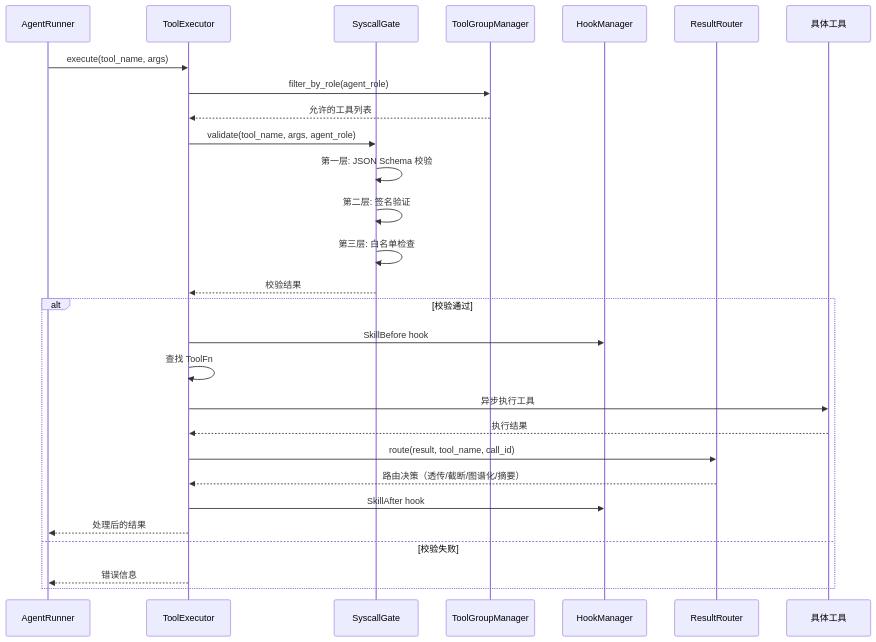
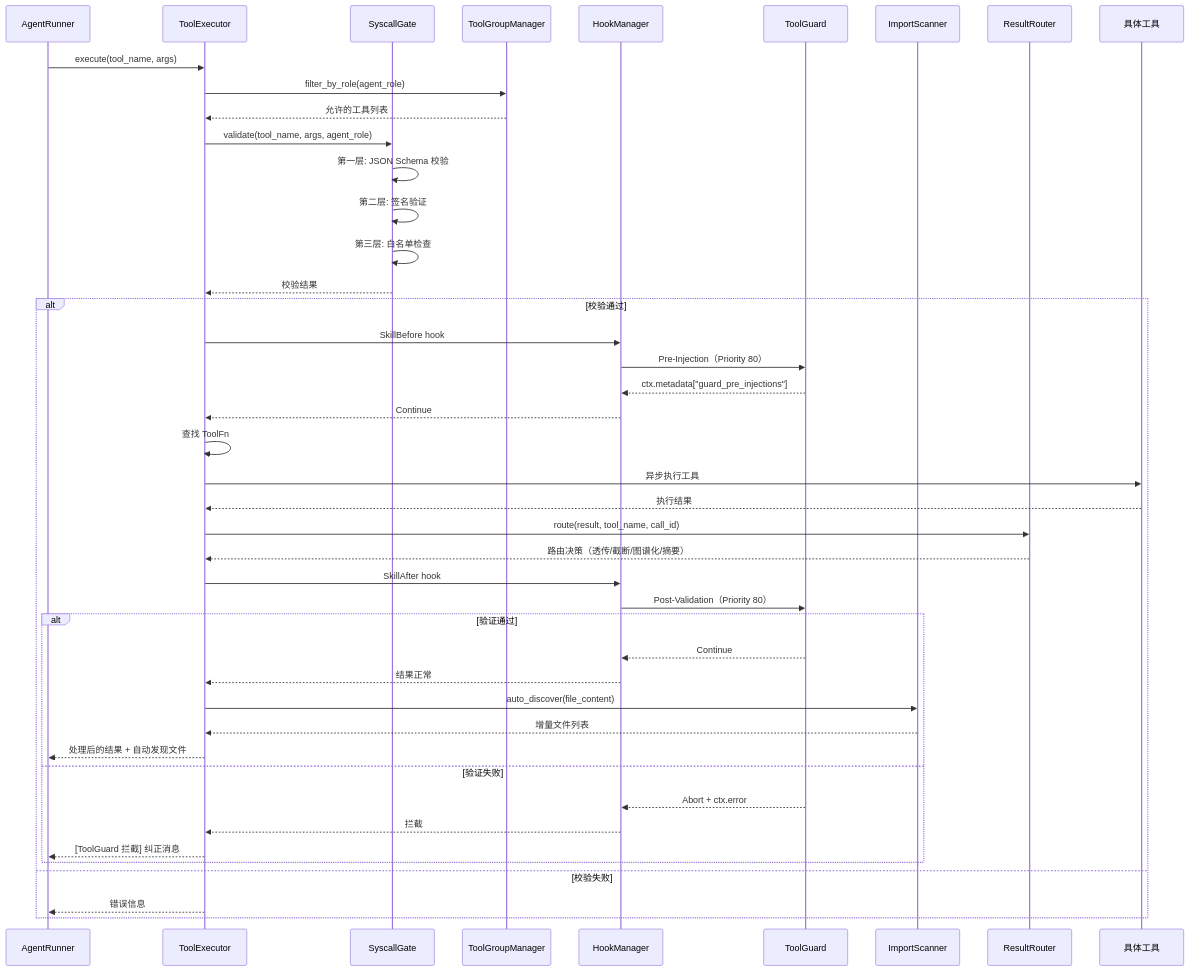
One commit to skaiy/gliding_horse_wildvibe changed the fourth of 4 diagrams in docs/05-tool-system.md. Above: the diagram before and after it, drawn with Mermaid. The commit also changed other lines of this file and 17 other files, not shown here.

````diff
--- a/docs/05-tool-system.md
+++ b/docs/05-tool-system.md
@@ -321,32 +455,49 @@
 ```mermaid
 sequenceDiagram
     participant AR as AgentRunner
     participant TE as ToolExecutor
     participant SG as SyscallGate
-    participant TG as ToolGroupManager
+    participant TGM as ToolGroupManager
     participant HM as HookManager
+    participant TG as ToolGuard
+    participant IS as ImportScanner
     participant RR as ResultRouter
     participant TOOL as 具体工具
 
     AR->>TE: execute(tool_name, args)
-    TE->>TG: filter_by_role(agent_role)
-    TG-->>TE: 允许的工具列表
+    TE->>TGM: filter_by_role(agent_role)
+    TGM-->>TE: 允许的工具列表
     TE->>SG: validate(tool_name, args, agent_role)
     SG->>SG: 第一层: JSON Schema 校验
     SG->>SG: 第二层: 签名验证
     SG->>SG: 第三层: 白名单检查
     SG-->>TE: 校验结果
 
     alt 校验通过
         TE->>HM: SkillBefore hook
+        HM->>TG: Pre-Injection（Priority 80）
+        TG-->>HM: ctx.metadata["guard_pre_injections"]
+        HM-->>TE: Continue
         TE->>TE: 查找 ToolFn
         TE->>TOOL: 异步执行工具
         TOOL-->>TE: 执行结果
         TE->>RR: route(result, tool_name, call_id)
         RR-->>TE: 路由决策（透传/截断/图谱化/摘要）
         TE->>HM: SkillAfter hook
-        TE-->>AR: 处理后的结果
+        HM->>TG: Post-Validation（Priority 80）
+        alt 验证通过
+            TG-->>HM: Continue
+            HM-->>TE: 结果正常
+            %% 跨文件发现（仅 file_read，且无错误）
+            TE->>IS: auto_discover(file_content)
+            IS-->>TE: 增量文件列表
+            TE-->>AR: 处理后的结果 + 自动发现文件
+        else 验证失败
+            TG-->>HM: Abort + ctx.error
+            HM-->>TE: 拦截
+            TE-->>AR: [ToolGuard 拦截] 纠正消息
+        end
     else 校验失败
         TE-->>AR: 错误信息
     end
 ```
````
